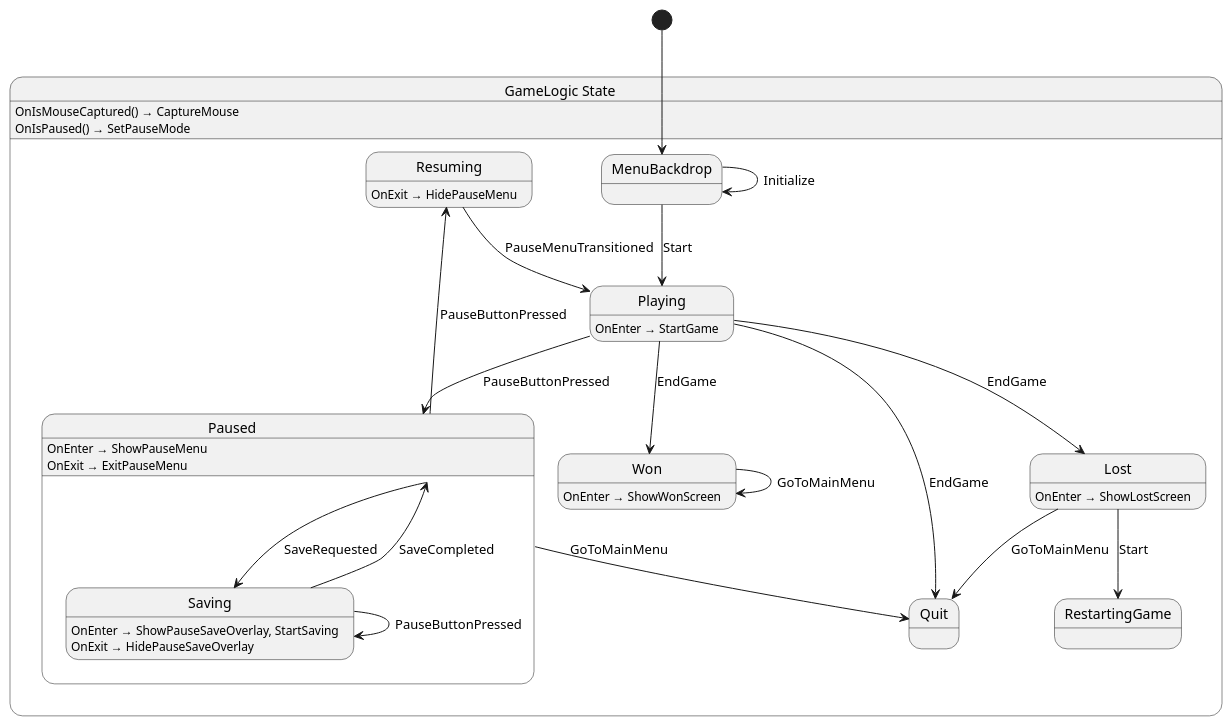
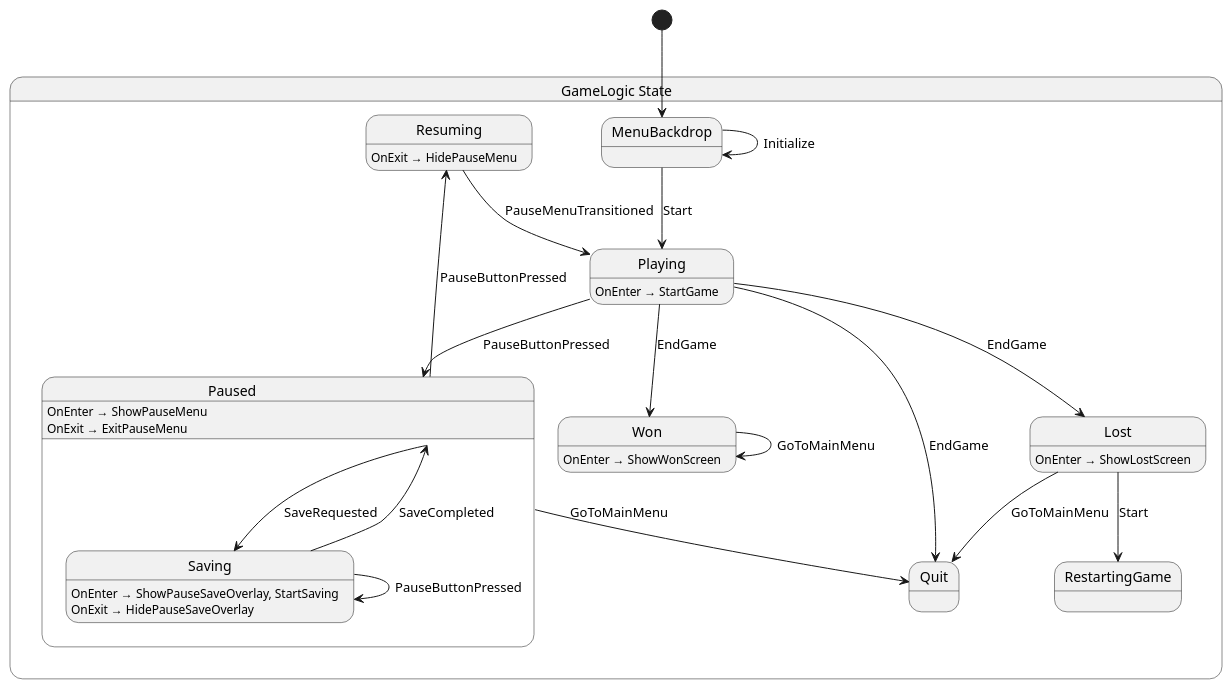
Before and after one commit to chickensoft-games/GameDemo: the diagram in src/game/state/GameLogic.g.puml, drawn with PlantUML. The commit also changed 28 other files, not shown here.

```diff
--- a/src/game/state/GameLogic.g.puml
+++ b/src/game/state/GameLogic.g.puml
@@ -1,43 +1,41 @@
 @startuml GameLogic
 state "GameLogic State" as GameDemo_GameLogic_State {
   state "Lost" as GameDemo_GameLogic_State_Lost
   state "MenuBackdrop" as GameDemo_GameLogic_State_MenuBackdrop
   state "Paused" as GameDemo_GameLogic_State_Paused {
     state "Saving" as GameDemo_GameLogic_State_Saving
   }
   state "Playing" as GameDemo_GameLogic_State_Playing
   state "Quit" as GameDemo_GameLogic_State_Quit
   state "RestartingGame" as GameDemo_GameLogic_State_RestartingGame
   state "Resuming" as GameDemo_GameLogic_State_Resuming
   state "Won" as GameDemo_GameLogic_State_Won
 }
 
 GameDemo_GameLogic_State_Lost --> GameDemo_GameLogic_State_Quit : GoToMainMenu
 GameDemo_GameLogic_State_Lost --> GameDemo_GameLogic_State_RestartingGame : Start
 GameDemo_GameLogic_State_MenuBackdrop --> GameDemo_GameLogic_State_MenuBackdrop : Initialize
 GameDemo_GameLogic_State_MenuBackdrop --> GameDemo_GameLogic_State_Playing : Start
 GameDemo_GameLogic_State_Paused --> GameDemo_GameLogic_State_Quit : GoToMainMenu
 GameDemo_GameLogic_State_Paused --> GameDemo_GameLogic_State_Resuming : PauseButtonPressed
 GameDemo_GameLogic_State_Paused --> GameDemo_GameLogic_State_Saving : SaveRequested
 GameDemo_GameLogic_State_Playing --> GameDemo_GameLogic_State_Lost : EndGame
 GameDemo_GameLogic_State_Playing --> GameDemo_GameLogic_State_Paused : PauseButtonPressed
 GameDemo_GameLogic_State_Playing --> GameDemo_GameLogic_State_Quit : EndGame
 GameDemo_GameLogic_State_Playing --> GameDemo_GameLogic_State_Won : EndGame
 GameDemo_GameLogic_State_Resuming --> GameDemo_GameLogic_State_Playing : PauseMenuTransitioned
 GameDemo_GameLogic_State_Saving --> GameDemo_GameLogic_State_Paused : SaveCompleted
 GameDemo_GameLogic_State_Saving --> GameDemo_GameLogic_State_Saving : PauseButtonPressed
 GameDemo_GameLogic_State_Won --> GameDemo_GameLogic_State_Won : GoToMainMenu
 
-GameDemo_GameLogic_State : OnIsMouseCaptured() → CaptureMouse
-GameDemo_GameLogic_State : OnIsPaused() → SetPauseMode
 GameDemo_GameLogic_State_Lost : OnEnter → ShowLostScreen
 GameDemo_GameLogic_State_Paused : OnEnter → ShowPauseMenu
 GameDemo_GameLogic_State_Paused : OnExit → ExitPauseMenu
 GameDemo_GameLogic_State_Playing : OnEnter → StartGame
 GameDemo_GameLogic_State_Resuming : OnExit → HidePauseMenu
 GameDemo_GameLogic_State_Saving : OnEnter → ShowPauseSaveOverlay, StartSaving
 GameDemo_GameLogic_State_Saving : OnExit → HidePauseSaveOverlay
 GameDemo_GameLogic_State_Won : OnEnter → ShowWonScreen
 
 [*] --> GameDemo_GameLogic_State_MenuBackdrop
 @enduml
```
